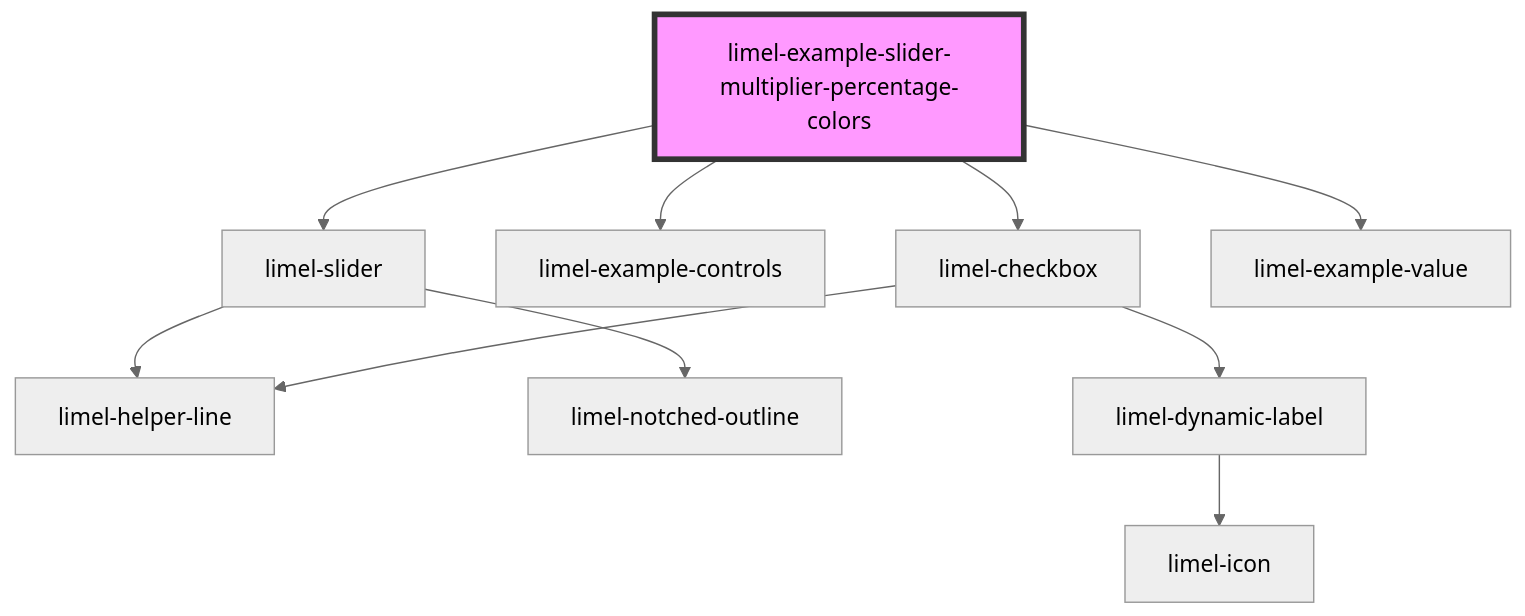
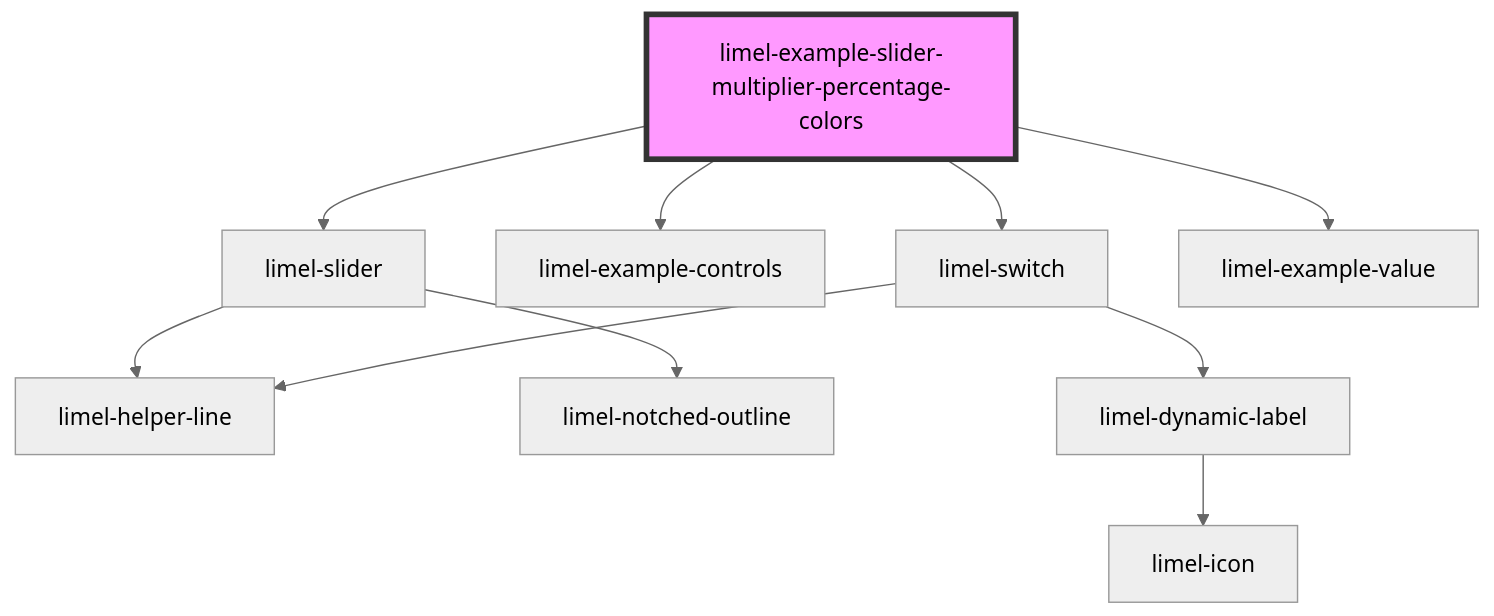
The diagram in versions/PR-3478/markdown-docs/components/slider/examples/readme.md (Lundalogik/lime-elements), drawn with Mermaid (neutral theme) before and after one commit. The commit also changed other lines of this file and 118 other files, not shown here.

````diff
--- a/versions/PR-3478/markdown-docs/components/slider/examples/readme.md
+++ b/versions/PR-3478/markdown-docs/components/slider/examples/readme.md
@@ -28,13 +28,13 @@
 ```mermaid
 graph TD;
   limel-example-slider-multiplier-percentage-colors --> limel-slider
   limel-example-slider-multiplier-percentage-colors --> limel-example-controls
-  limel-example-slider-multiplier-percentage-colors --> limel-checkbox
+  limel-example-slider-multiplier-percentage-colors --> limel-switch
   limel-example-slider-multiplier-percentage-colors --> limel-example-value
   limel-slider --> limel-helper-line
   limel-slider --> limel-notched-outline
-  limel-checkbox --> limel-dynamic-label
-  limel-checkbox --> limel-helper-line
+  limel-switch --> limel-helper-line
+  limel-switch --> limel-dynamic-label
   limel-dynamic-label --> limel-icon
   style limel-example-slider-multiplier-percentage-colors fill:#f9f,stroke:#333,stroke-width:4px
 ```
````
